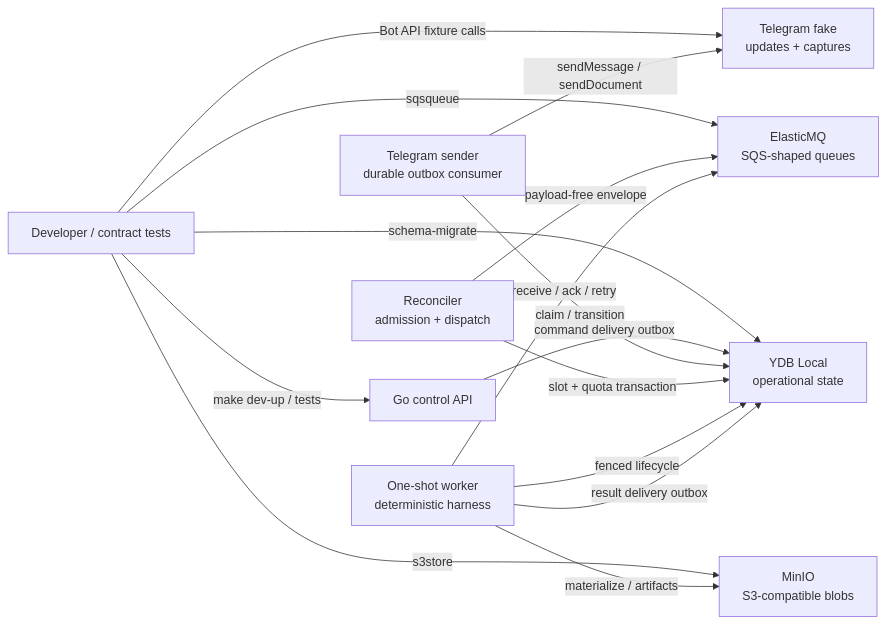
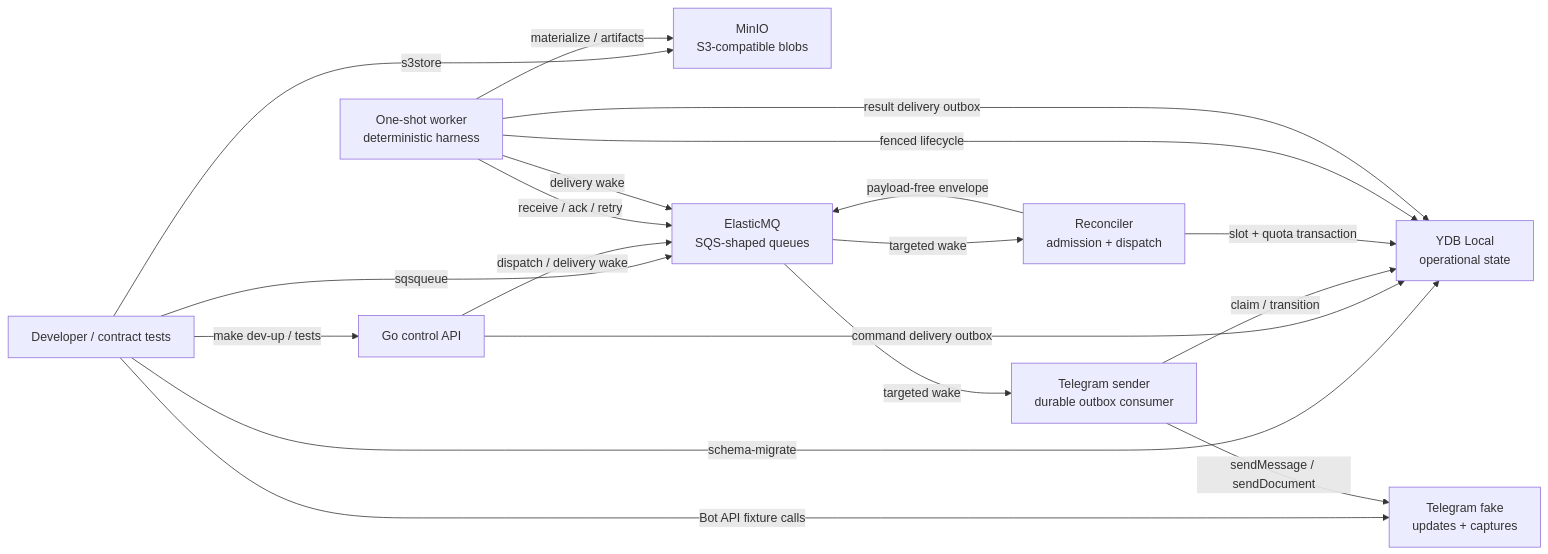
Before and after one commit to urandon/sessionless: the diagram in docs/local-development-stand.md, drawn with Mermaid. The commit also changed other lines of this file and 37 other files, not shown here.

````diff
--- a/docs/local-development-stand.md
+++ b/docs/local-development-stand.md
@@ -14,27 +14,31 @@
 ```mermaid
 flowchart LR
     Developer["Developer / contract tests"]
     Control["Go control API"]
     YDB["YDB Local<br/>operational state"]
     MinIO["MinIO<br/>S3-compatible blobs"]
     Queue["ElasticMQ<br/>SQS-shaped queues"]
     Telegram["Telegram fake<br/>updates + captures"]
     Sender["Telegram sender<br/>durable outbox consumer"]
     Reconciler["Reconciler<br/>admission + dispatch"]
     Worker["One-shot worker<br/>deterministic harness"]
 
     Developer -->|"make dev-up / tests"| Control
     Developer -->|"schema-migrate"| YDB
     Developer -->|"s3store"| MinIO
     Developer -->|"sqsqueue"| Queue
     Developer -->|"Bot API fixture calls"| Telegram
     Control -->|"command delivery outbox"| YDB
+    Control -->|"dispatch / delivery wake"| Queue
+    Queue -->|"targeted wake"| Sender
+    Queue -->|"targeted wake"| Reconciler
     Sender -->|"claim / transition"| YDB
     Sender -->|"sendMessage / sendDocument"| Telegram
     Reconciler -->|"slot + quota transaction"| YDB
     Reconciler -->|"payload-free envelope"| Queue
     Worker -->|"receive / ack / retry"| Queue
     Worker -->|"fenced lifecycle"| YDB
     Worker -->|"materialize / artifacts"| MinIO
     Worker -->|"result delivery outbox"| YDB
+    Worker -->|"delivery wake"| Queue
 ```
````
